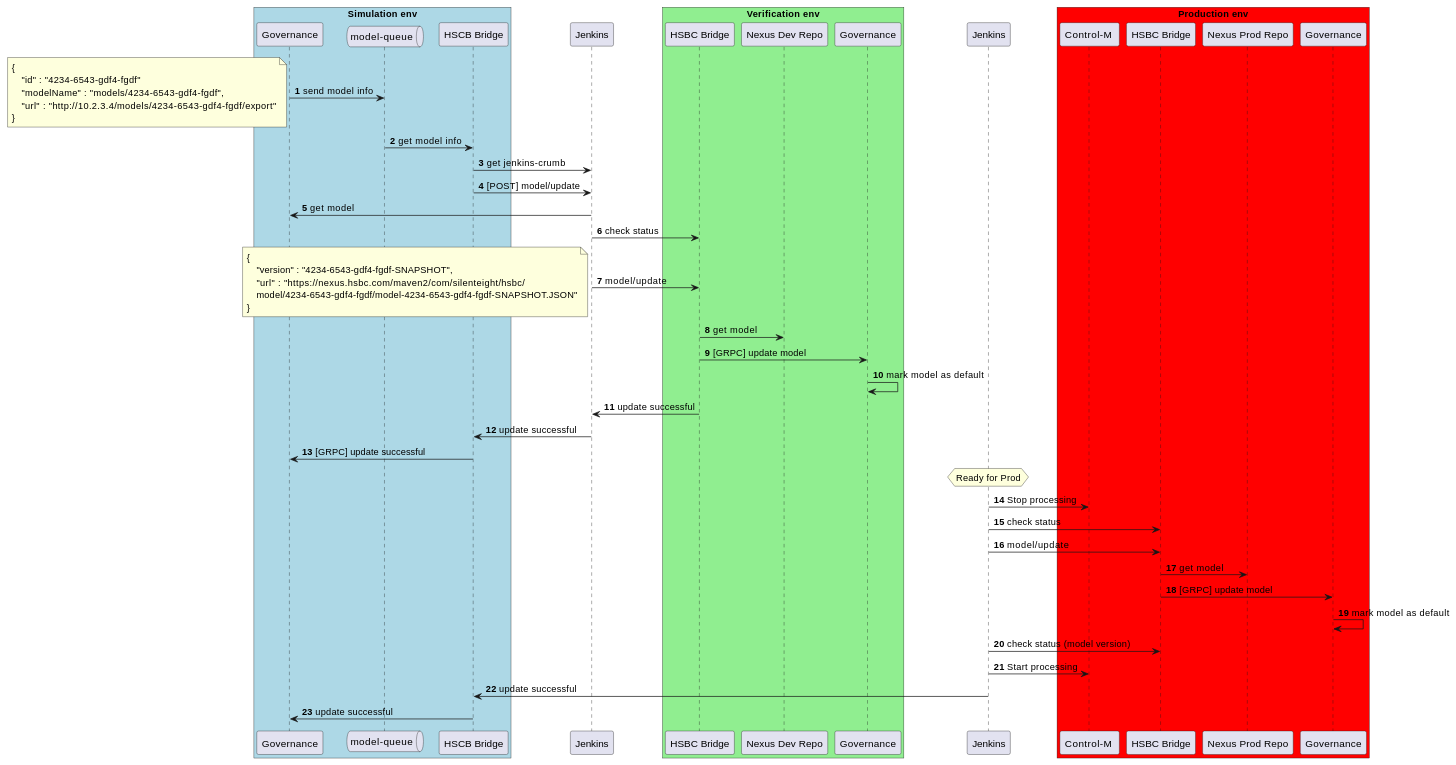
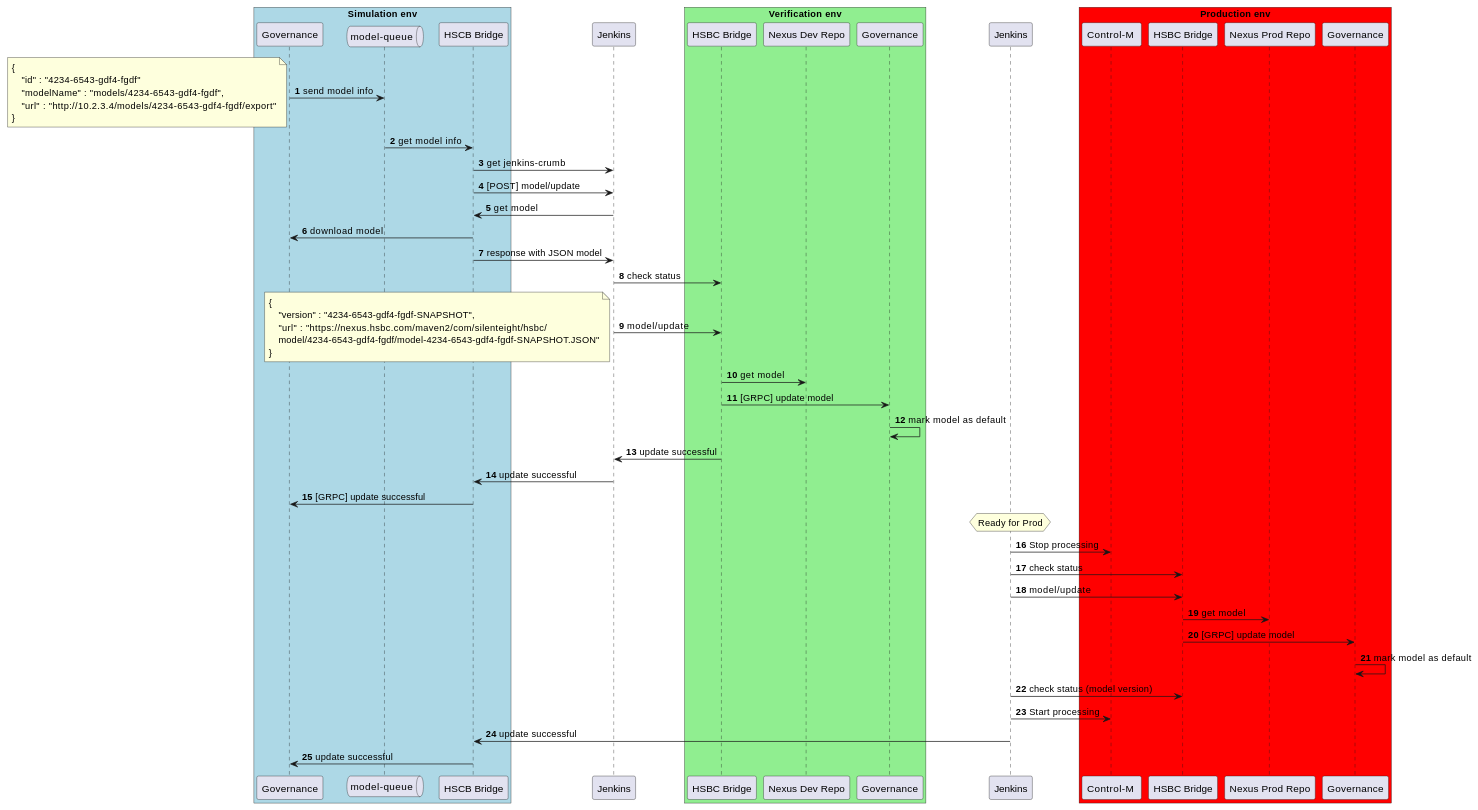
The diagram in modules/hsbc-bridge/docs/diagrams/model-transfer/model-transfer-internal.adoc (ngraczykowski/iris-root), drawn with PlantUML before and after one commit.

Commit message:
change in model diagram

```diff
--- a/modules/hsbc-bridge/docs/diagrams/model-transfer/model-transfer-internal.adoc
+++ b/modules/hsbc-bridge/docs/diagrams/model-transfer/model-transfer-internal.adoc
@@ -1,73 +1,73 @@
 [plantuml,importing-steps,svg]
 -----
 @startuml
 box "Simulation env" #LightBlue
 participant Governance as a
 
 queue "model-queue" as q
 participant "HSCB Bridge" as c
 end box
 
 participant Jenkins as d
 
 box "Verification env" #LightGreen
 participant "HSBC Bridge" as c1
 participant "Nexus Dev Repo" as d1
 participant Governance as a1
 end box
 
 participant Jenkins as d12
 
 box "Production env" #Red
 participant "Control-M " as m11
 participant "HSBC Bridge" as c11
 participant "Nexus Prod Repo" as d11
 participant Governance as a11
 end box
 
 autonumber
 
-'b -> a: get models URL
 a -> q: send model info
 note left
 {
     "id" : "4234-6543-gdf4-fgdf"
     "modelName" : "models/4234-6543-gdf4-fgdf",
     "url" : "http://10.2.3.4/models/4234-6543-gdf4-fgdf/export"
 }
 end note
 q -> c: get model info
 c -> d: get jenkins-crumb
 c -> d: [POST] model/update
-d -> a: get model
-
+d -> c: get model
+c -> a: download model
+c -> d: response with JSON model
 d -> c1: check status
 d -> c1: model/update
 note left
 {
     "version" : "4234-6543-gdf4-fgdf-SNAPSHOT",
     "url" : "https://nexus.hsbc.com/maven2/com/silenteight/hsbc/
     model/4234-6543-gdf4-fgdf/model-4234-6543-gdf4-fgdf-SNAPSHOT.JSON"
 }
 end note
 c1 -> d1: get model
 c1 -> a1: [GRPC] update model
 a1 -> a1: mark model as default
 
 c1 -> d: update successful
 d -> c: update successful
 c -> a: [GRPC] update successful
 
 hnote over d12: Ready for Prod
 d12 -> m11: Stop processing
 d12 -> c11: check status
 d12 -> c11: model/update
 c11 -> d11: get model
 c11 -> a11: [GRPC] update model
 a11 -> a11: mark model as default
 d12 -> c11: check status (model version)
 d12 -> m11: Start processing
 d12 -> c: update successful
 c -> a: update successful
 @enduml
 -----
```
